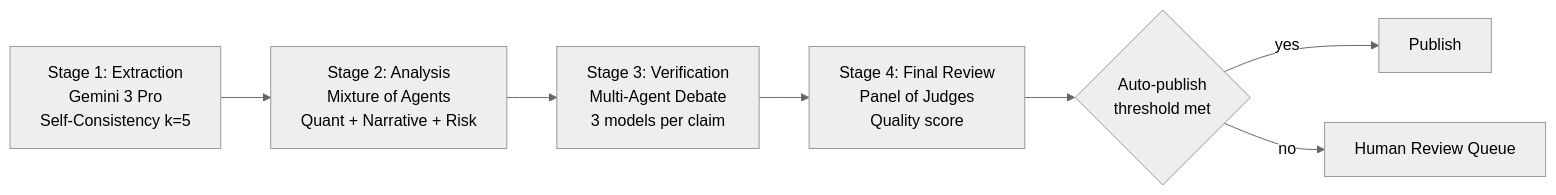
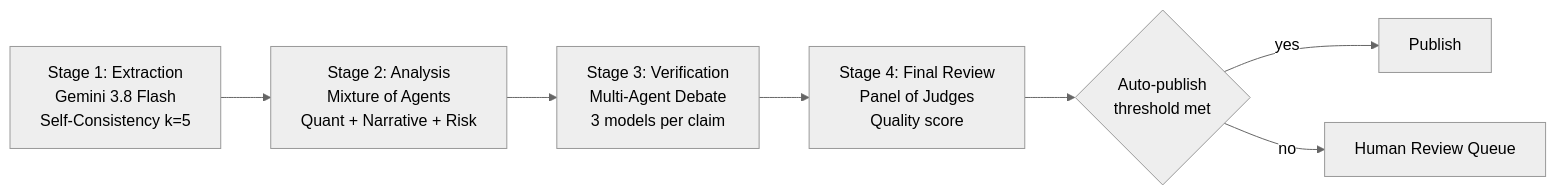
Before and after one commit to ChiHoc/ai-system-design-guide-zh: the first of 3 diagrams in 16-case-studies/03-financial-analysis.md, drawn with Mermaid (neutral theme). The commit also changed other lines of this file and 149 other files, not shown here.

````diff
--- a/16-case-studies/03-financial-analysis.md
+++ b/16-case-studies/03-financial-analysis.md
@@ -87,9 +87,9 @@
 ```mermaid
 flowchart LR
-    S1[Stage 1: Extraction<br/>Gemini 3 Pro<br/>Self-Consistency k=5] --> S2
+    S1[Stage 1: Extraction<br/>Gemini 3.8 Flash<br/>Self-Consistency k=5] --> S2
     S2[Stage 2: Analysis<br/>Mixture of Agents<br/>Quant + Narrative + Risk] --> S3
     S3[Stage 3: Verification<br/>Multi-Agent Debate<br/>3 models per claim] --> S4
     S4[Stage 4: Final Review<br/>Panel of Judges<br/>Quality score] --> D{Auto-publish<br/>threshold met}
     D -->|yes| P[Publish]
     D -->|no| H[Human Review Queue]
 ```
````
